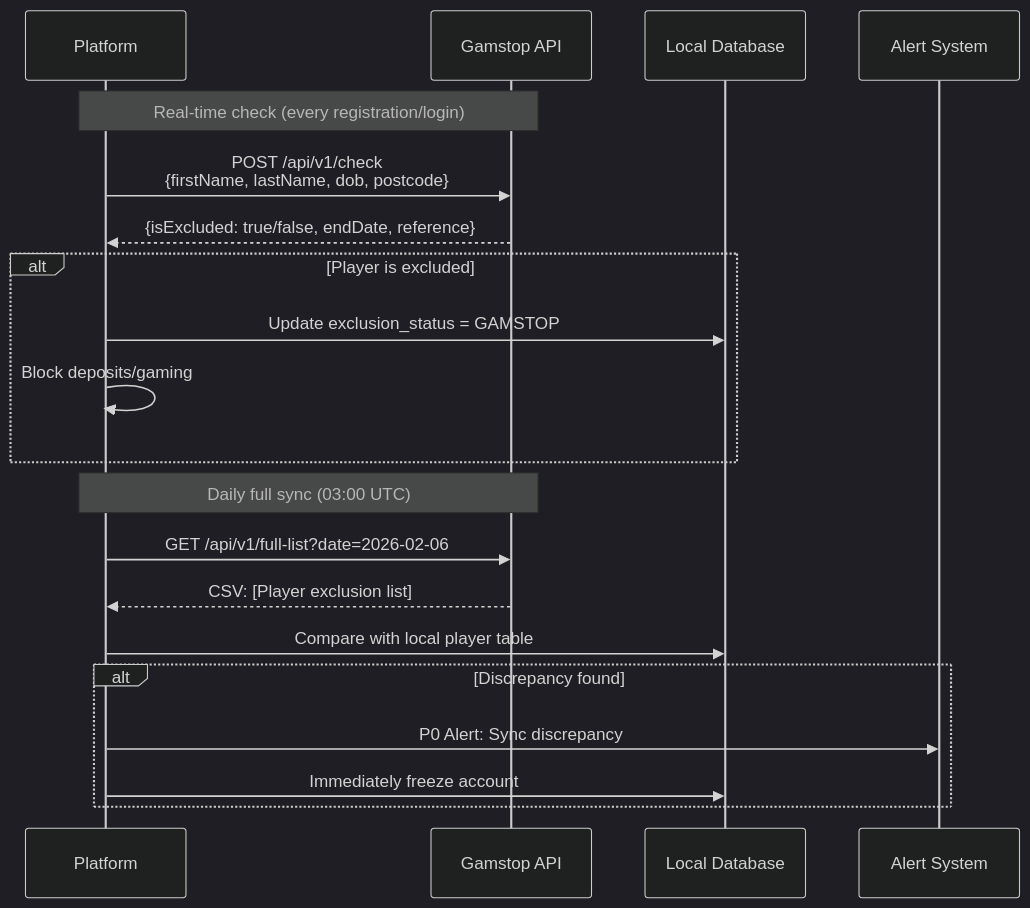
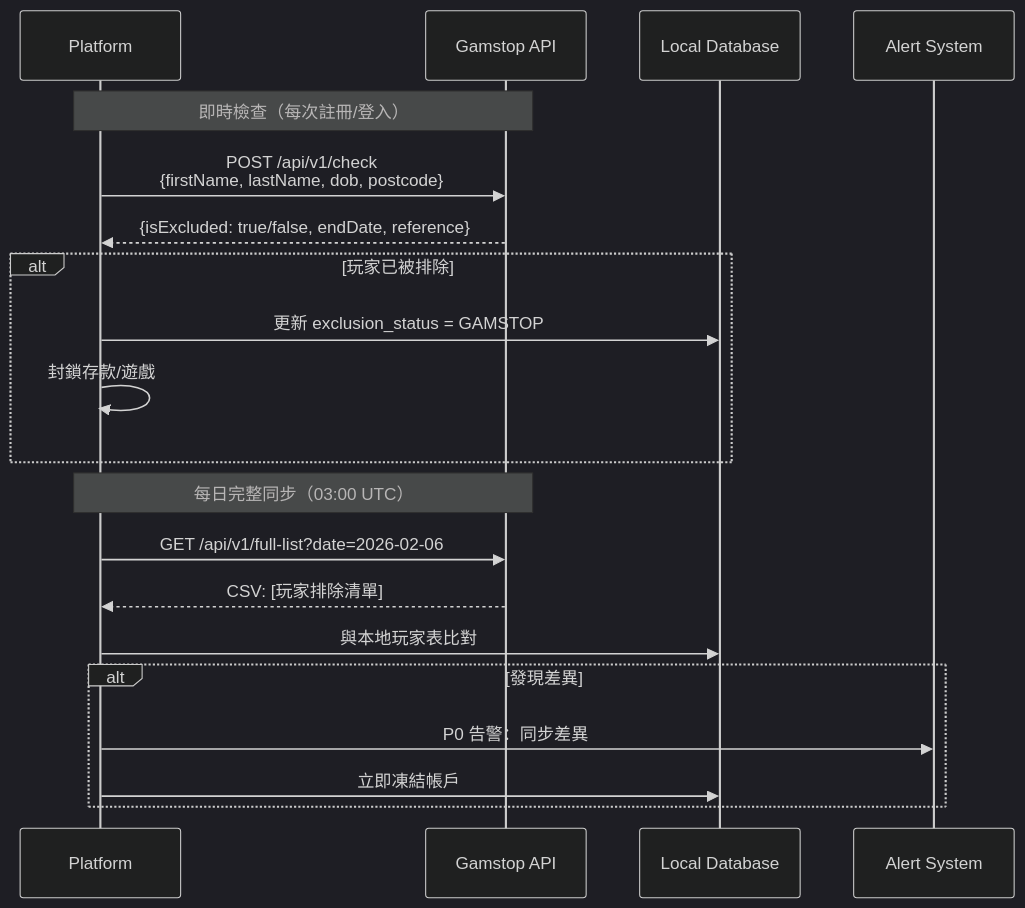
Before and after one commit to ron03wlb/smart-admin: the first of 3 diagrams in docs/iGaming/architecture/15_Responsible_Gambling/Self_Exclusion_Architecture.md, drawn with Mermaid (dark theme). The commit also changed other lines of this file and 1 other file, not shown here.

Commit message:
docs(iGaming): translate Batch 37 — Responsible Gambling (2 files)

````diff
--- a/docs/iGaming/architecture/15_Responsible_Gambling/Self_Exclusion_Architecture.md
+++ b/docs/iGaming/architecture/15_Responsible_Gambling/Self_Exclusion_Architecture.md
@@ -518,26 +518,26 @@
 ```mermaid
 sequenceDiagram
     participant Platform as Platform
     participant Gamstop as Gamstop API
     participant DB as Local Database
     participant Alert as Alert System
 
-    Note over Platform,Gamstop: Real-time check (every registration/login)
+    Note over Platform,Gamstop: 即時檢查（每次註冊/登入）
     Platform->>Gamstop: POST /api/v1/check<br/>{firstName, lastName, dob, postcode}
     Gamstop-->>Platform: {isExcluded: true/false, endDate, reference}
 
-    alt Player is excluded
-        Platform->>DB: Update exclusion_status = GAMSTOP
-        Platform->>Platform: Block deposits/gaming
+    alt 玩家已被排除
+        Platform->>DB: 更新 exclusion_status = GAMSTOP
+        Platform->>Platform: 封鎖存款/遊戲
     end
 
-    Note over Platform,Gamstop: Daily full sync (03:00 UTC)
+    Note over Platform,Gamstop: 每日完整同步（03:00 UTC）
     Platform->>Gamstop: GET /api/v1/full-list?date=2026-02-06
-    Gamstop-->>Platform: CSV: [Player exclusion list]
-    Platform->>DB: Compare with local player table
+    Gamstop-->>Platform: CSV: [玩家排除清單]
+    Platform->>DB: 與本地玩家表比對
 
-    alt Discrepancy found
-        Platform->>Alert: P0 Alert: Sync discrepancy
-        Platform->>DB: Immediately freeze account
+    alt 發現差異
+        Platform->>Alert: P0 告警：同步差異
+        Platform->>DB: 立即凍結帳戶
     end
 ```
````
